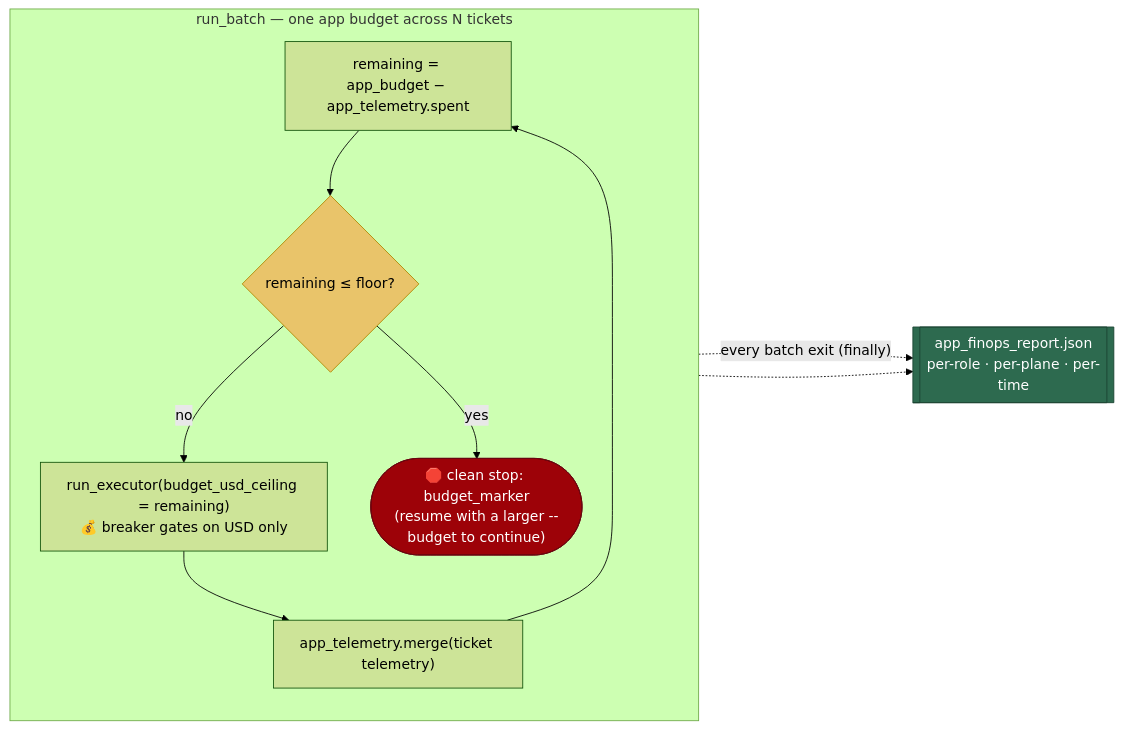
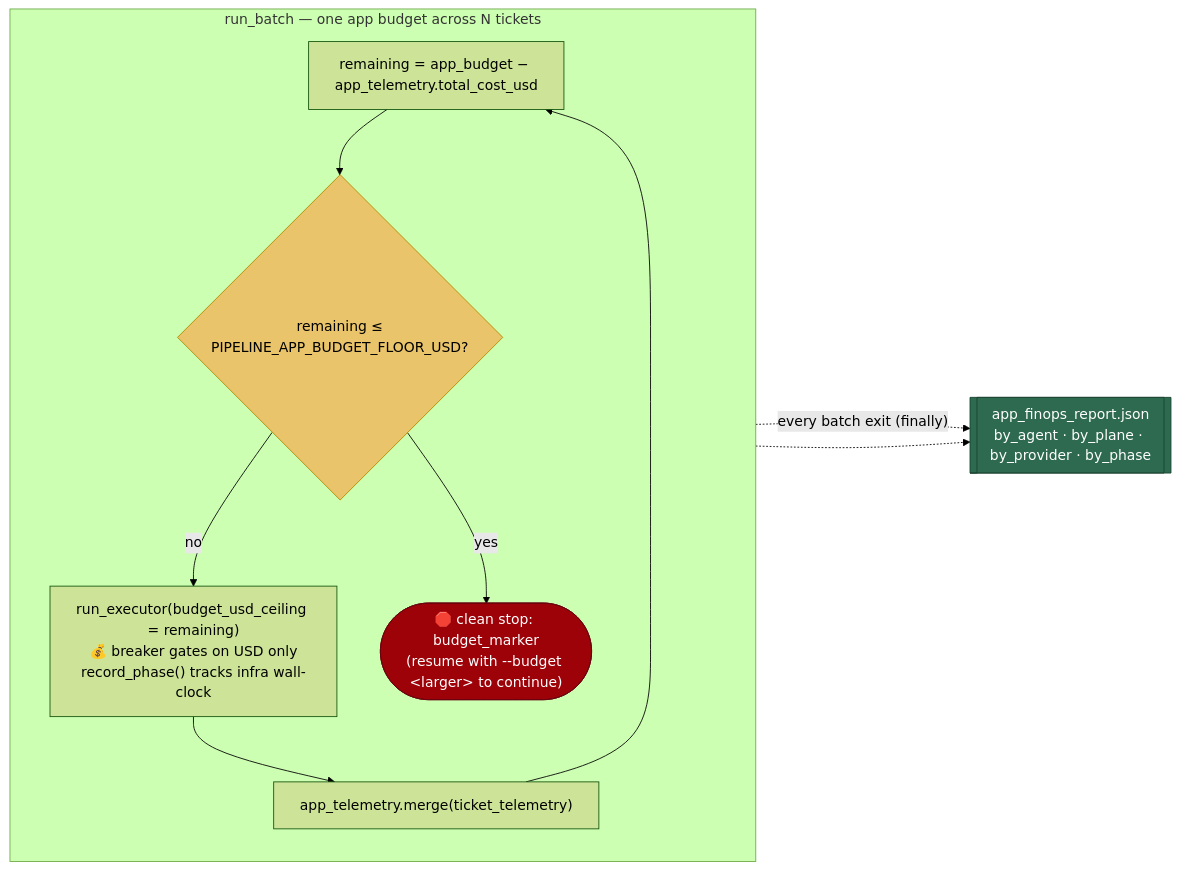
Before and after one commit to pavel-shyrko/async-agentic-sdlc: the fifth of 5 diagrams in docs/ARCHITECTURE.md, drawn with Mermaid (forest theme). The commit also changed other lines of this file and 7 other files, not shown here.

````diff
--- a/docs/ARCHITECTURE.md
+++ b/docs/ARCHITECTURE.md
@@ -293,22 +372,22 @@
 ```mermaid
 flowchart LR
     subgraph batch["run_batch — one app budget across N tickets"]
         direction TB
-        rem["remaining = app_budget − app_telemetry.spent"]
-        gate{"remaining ≤ floor?"}
-        tick["run_executor(budget_usd_ceiling = remaining)<br/>💰 breaker gates on USD only"]
-        merge["app_telemetry.merge(ticket telemetry)"]
+        rem["remaining = app_budget − app_telemetry.total_cost_usd"]
+        gate{"remaining ≤<br/>PIPELINE_APP_BUDGET_FLOOR_USD?"}
+        tick["run_executor(budget_usd_ceiling = remaining)<br/>💰 breaker gates on USD only<br/>record_phase() tracks infra wall-clock"]
+        merge["app_telemetry.merge(ticket_telemetry)"]
         rem --> gate
         gate -->|"no"| tick --> merge --> rem
-        gate -->|"yes"| stop(["🛑 clean stop: budget_marker<br/>(resume with a larger --budget to continue)"])
+        gate -->|"yes"| stop(["🛑 clean stop: budget_marker<br/>(resume with --budget &lt;larger&gt; to continue)"])
     end
-    merge -.->|"every batch exit (finally)"| rep[["app_finops_report.json<br/>per-role · per-plane · per-time"]]
+    merge -.->|"every batch exit (finally)"| rep[["app_finops_report.json<br/>by_agent · by_plane · by_provider · by_phase"]]
     stop -.-> rep
 
     classDef stop fill:#9d0208,stroke:#6a040f,color:#fff;
     classDef dec fill:#e9c46a,stroke:#b08900,color:#000;
     classDef store fill:#2d6a4f,stroke:#1b4332,color:#fff;
     class stop stop;
     class gate dec;
     class rep store;
 ```
````
